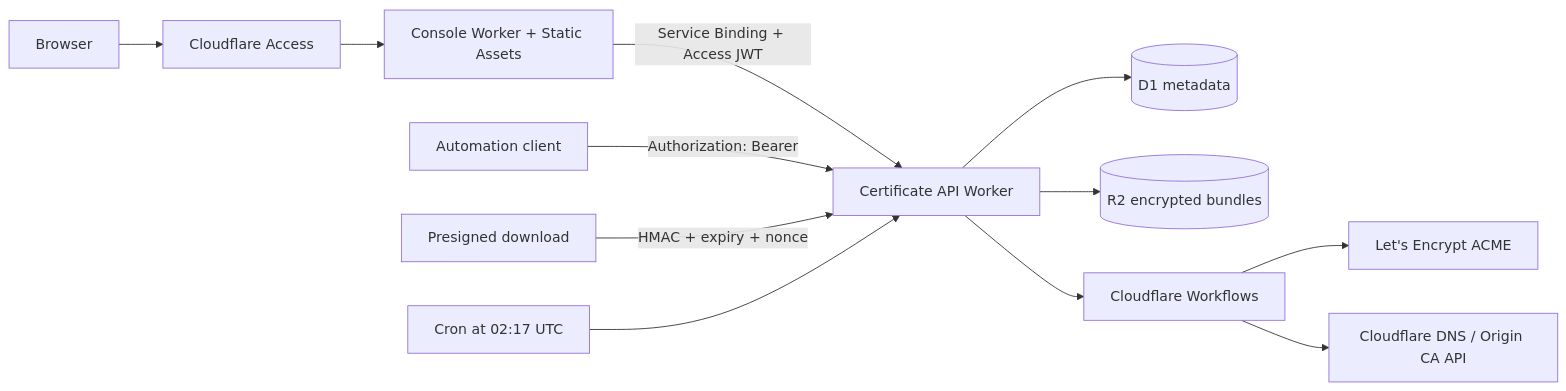
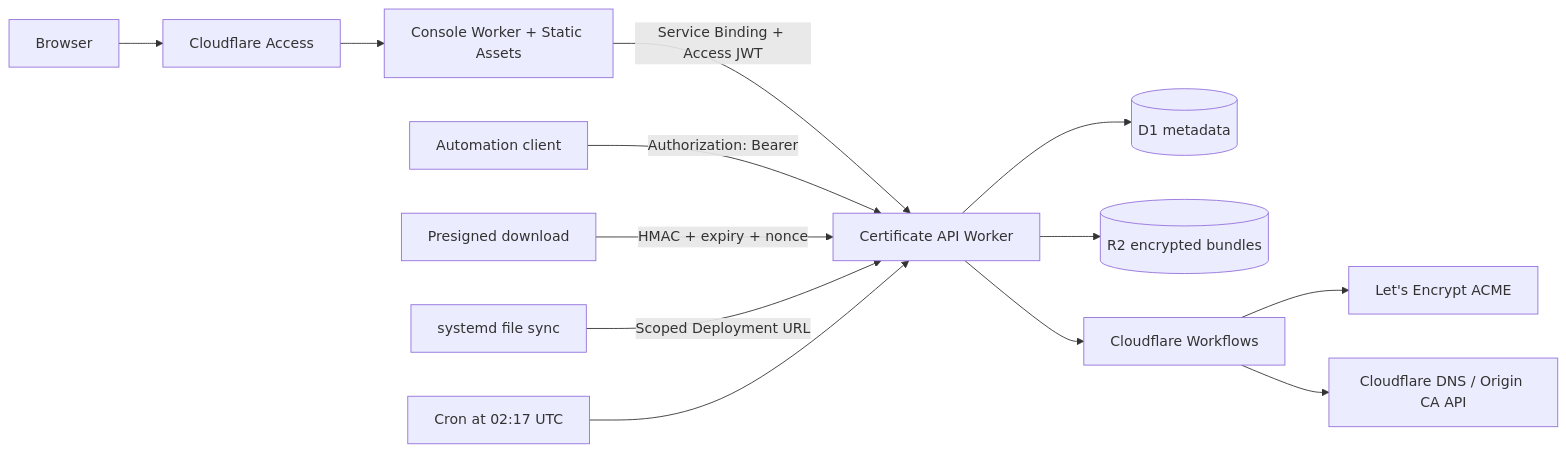
One commit to HSwift/certbot-serverless changed the diagram in README.md. Above: the diagram before and after it, drawn with Mermaid. The commit also changed other lines of this file and 15 other files, not shown here.

````diff
--- a/README.md
+++ b/README.md
@@ -14,16 +14,17 @@
 ```mermaid
 flowchart LR
   User[Browser] --> Access[Cloudflare Access]
   Access --> Console[Console Worker + Static Assets]
   Console -->|Service Binding + Access JWT| Worker[Certificate API Worker]
 
   Client[Automation client] -->|Authorization: Bearer| Worker
   Download[Presigned download] -->|HMAC + expiry + nonce| Worker
+  Origin[systemd file sync] -->|Scoped Deployment URL| Worker
 
   Worker --> D1[(D1 metadata)]
   Worker --> R2[(R2 encrypted bundles)]
   Worker --> Workflow[Cloudflare Workflows]
   Cron[Cron at 02:17 UTC] --> Worker
   Workflow --> LE[Let's Encrypt ACME]
   Workflow --> CFAPI[Cloudflare DNS / Origin CA API]
 ```
````
